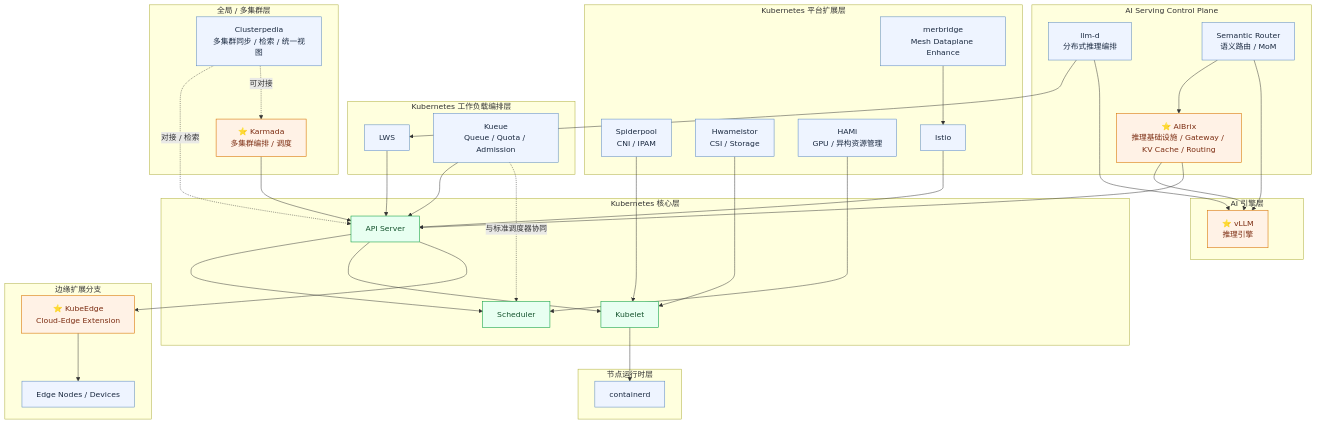
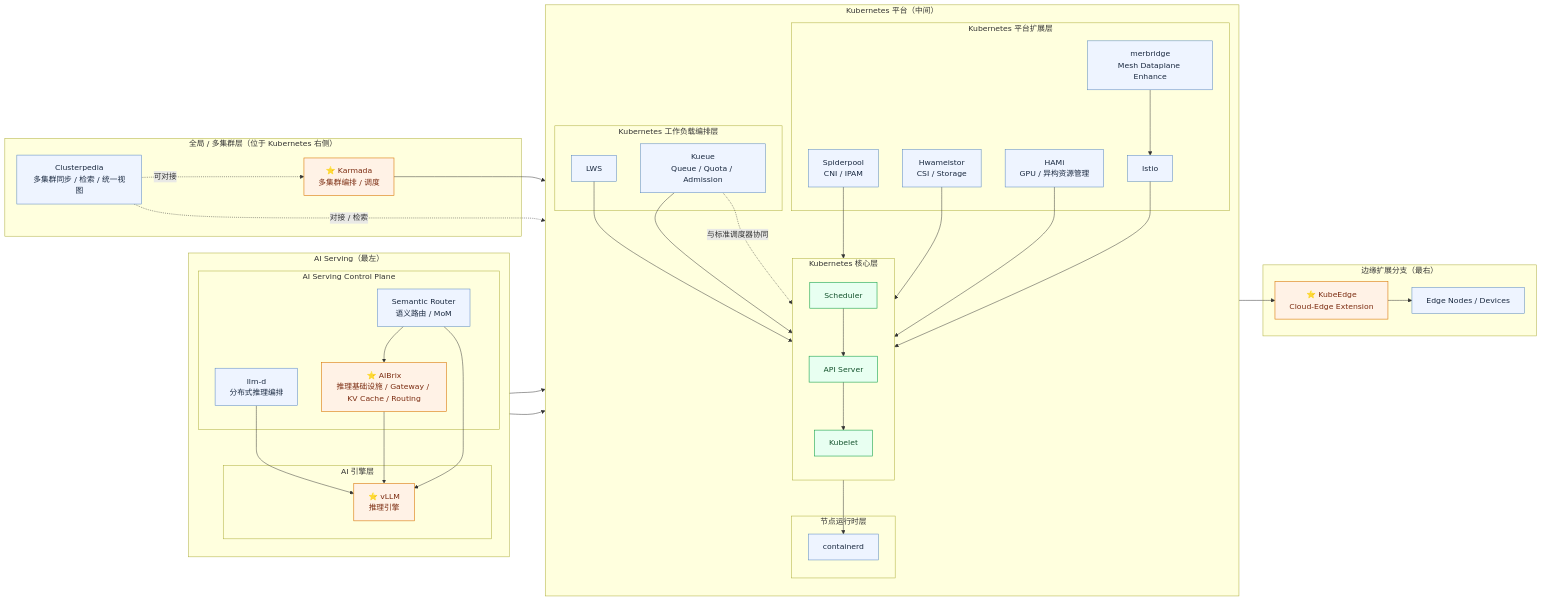
Before and after one commit to pacoxu/AI-Infra: the diagram in case-study/daocloud.md, drawn with Mermaid. The commit also changed other lines of this file, not shown here.

Commit message:
docs(case-study): adjust daocloud diagram layout and scheduler-apiserver relation

````diff
--- a/case-study/daocloud.md
+++ b/case-study/daocloud.md
@@ -19,44 +20,51 @@
 ```mermaid
-flowchart TB
-  subgraph GLOBAL["全局 / 多集群层"]
+flowchart LR
+  subgraph LEFT["AI Serving（最左）"]
+    direction TB
+    subgraph AICP["AI Serving Control Plane"]
+      LLMD["llm-d<br/>分布式推理编排"]
+      AIB["⭐ AIBrix<br/>推理基础设施 / Gateway / KV Cache / Routing"]
+      SR["Semantic Router<br/>语义路由 / MoM"]
+    end
+
+    subgraph ENGINE["AI 引擎层"]
+      VLLM["⭐ vLLM<br/>推理引擎"]
+    end
+  end
+
+  subgraph MID["Kubernetes 平台（中间）"]
+    direction TB
+    subgraph ORCH["Kubernetes 工作负载编排层"]
+      LWS["LWS"]
+      KUEUE["Kueue<br/>Queue / Quota / Admission"]
+    end
+
+    subgraph EXT["Kubernetes 平台扩展层"]
+      SP["Spiderpool<br/>CNI / IPAM"]
+      HW["Hwameistor<br/>CSI / Storage"]
+      MB["merbridge<br/>Mesh Dataplane Enhance"]
+      HAMI["HAMi<br/>GPU / 异构资源管理"]
+      ISTIO["Istio"]
+    end
+
+    subgraph CORE["Kubernetes 核心层"]
+      direction TB
+      SCH["Scheduler"]
+      APIS["API Server"]
+      KLET["Kubelet"]
+    end
+
+    subgraph NODE["节点运行时层"]
+      CTD["containerd"]
+    end
+  end
+
+  subgraph GLOBAL["全局 / 多集群层（位于 Kubernetes 右侧）"]
     KAR["⭐ Karmada<br/>多集群编排 / 调度"]
     CP["Clusterpedia<br/>多集群同步 / 检索 / 统一视图"]
   end
 
-  subgraph AICP["AI Serving Control Plane"]
-    LLMD["llm-d<br/>分布式推理编排"]
-    AIB["⭐ AIBrix<br/>推理基础设施 / Gateway / KV Cache / Routing"]
-    SR["Semantic Router<br/>语义路由 / MoM"]
-  end
-
-  subgraph ENGINE["AI 引擎层"]
-    VLLM["⭐ vLLM<br/>推理引擎"]
-  end
-
-  subgraph ORCH["Kubernetes 工作负载编排层"]
-    LWS["LWS"]
-    KUEUE["Kueue<br/>Queue / Quota / Admission"]
-  end
-
-  subgraph EXT["Kubernetes 平台扩展层"]
-    SP["Spiderpool<br/>CNI / IPAM"]
-    HW["Hwameistor<br/>CSI / Storage"]
-    MB["merbridge<br/>Mesh Dataplane Enhance"]
-    HAMI["HAMi<br/>GPU / 异构资源管理"]
-    ISTIO["Istio"]
-  end
-
-  subgraph CORE["Kubernetes 核心层"]
-    APIS["API Server"]
-    SCH["Scheduler"]
-    KLET["Kubelet"]
-  end
-
-  subgraph NODE["节点运行时层"]
-    CTD["containerd"]
-  end
-
-  subgraph EDGE["边缘扩展分支"]
+  subgraph EDGE["边缘扩展分支（最右）"]
     KE["⭐ KubeEdge<br/>Cloud-Edge Extension"]
     EN["Edge Nodes / Devices"]
   end
@@ -87,7 +95,7 @@
   ISTIO --> APIS
 
   %% Core to runtime
-  APIS --> SCH
+  SCH --> APIS
   APIS --> KLET
   KLET --> CTD
 
````
